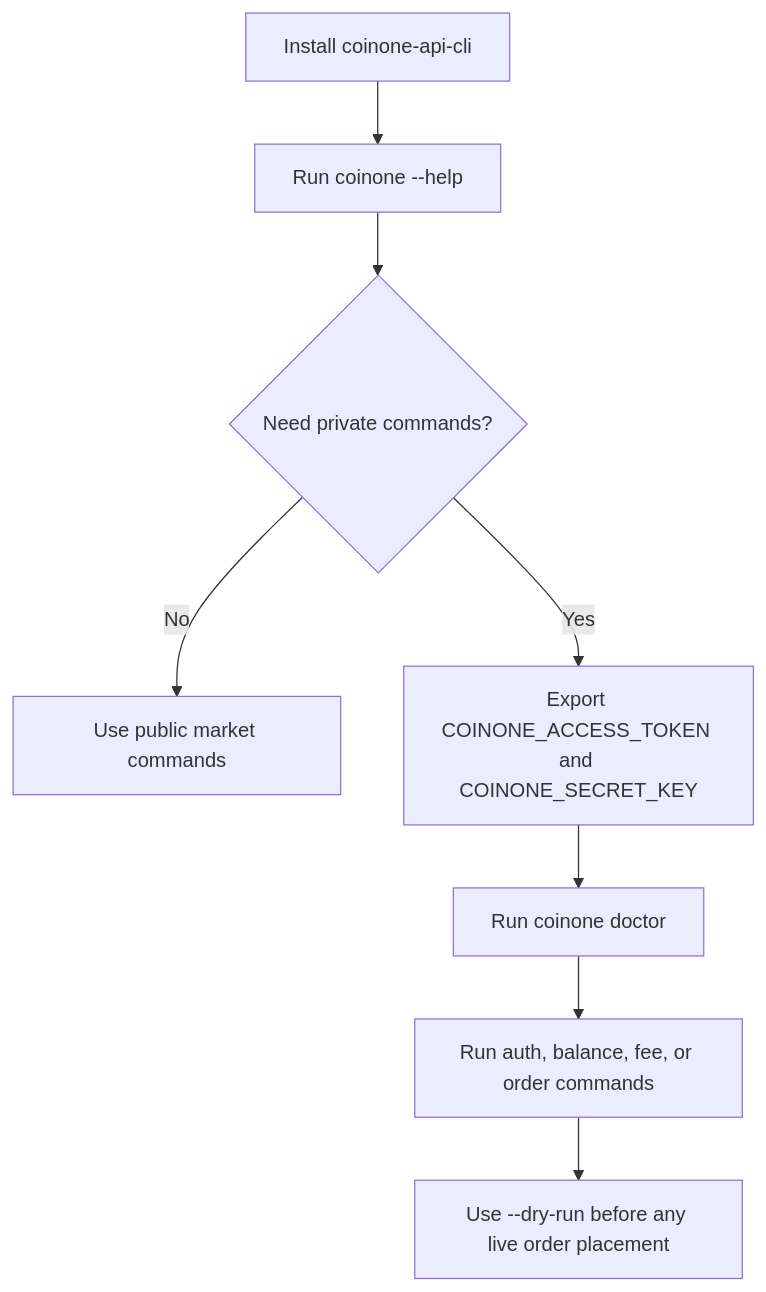
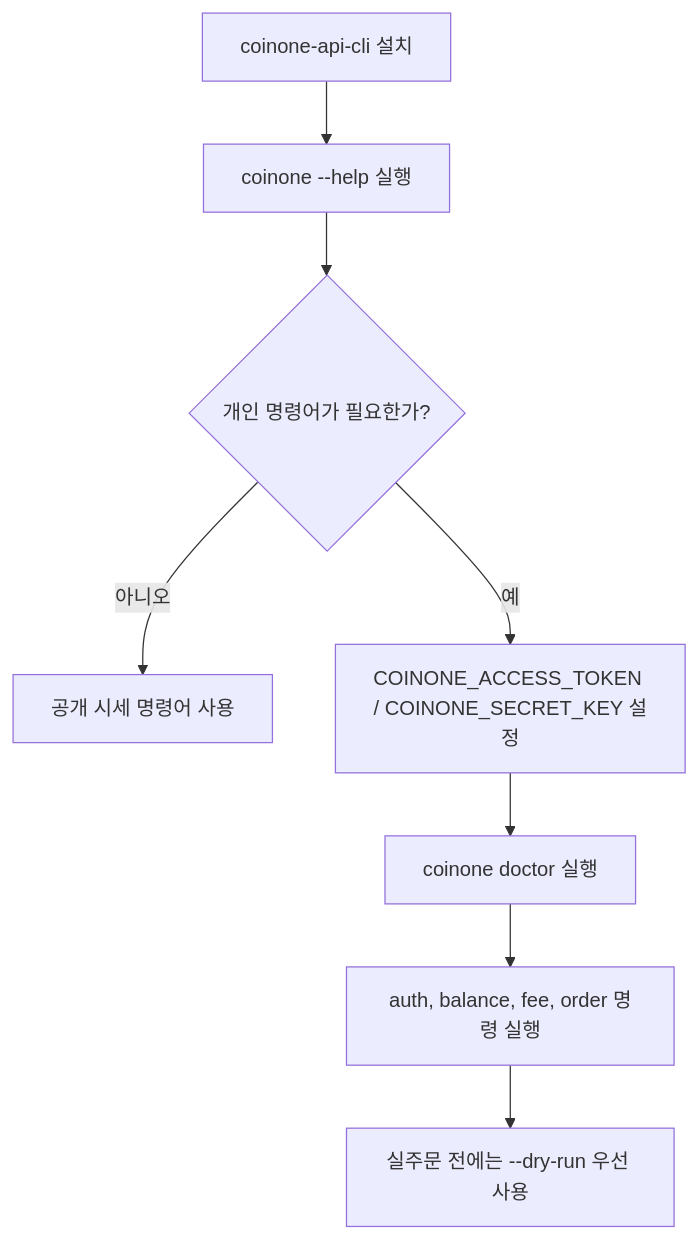
One commit to 2sem/coinone-api-cli changed the diagram in docs/index.md. Above: the diagram before and after it, drawn with Mermaid. The commit also changed other lines of this file and 7 other files, not shown here.

````diff
--- a/docs/index.md
+++ b/docs/index.md
@@ -33,10 +33,10 @@
 ```mermaid
 flowchart TD
-  A[Install coinone-api-cli] --> B[Run coinone --help]
-  B --> C{Need private commands?}
-  C -- No --> D[Use public market commands]
-  C -- Yes --> E[Export COINONE_ACCESS_TOKEN and COINONE_SECRET_KEY]
-  E --> F[Run coinone doctor]
-  F --> G[Run auth, balance, fee, or order commands]
-  G --> H[Use --dry-run before any live order placement]
+  A[coinone-api-cli 설치] --> B[coinone --help 실행]
+  B --> C{개인 명령어가 필요한가?}
+  C -- 아니오 --> D[공개 시세 명령어 사용]
+  C -- 예 --> E[COINONE_ACCESS_TOKEN / COINONE_SECRET_KEY 설정]
+  E --> F[coinone doctor 실행]
+  F --> G[auth, balance, fee, order 명령 실행]
+  G --> H[실주문 전에는 --dry-run 우선 사용]
 ```
````
